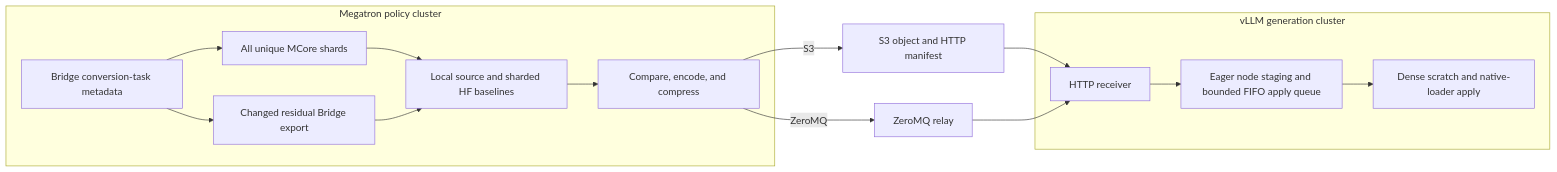
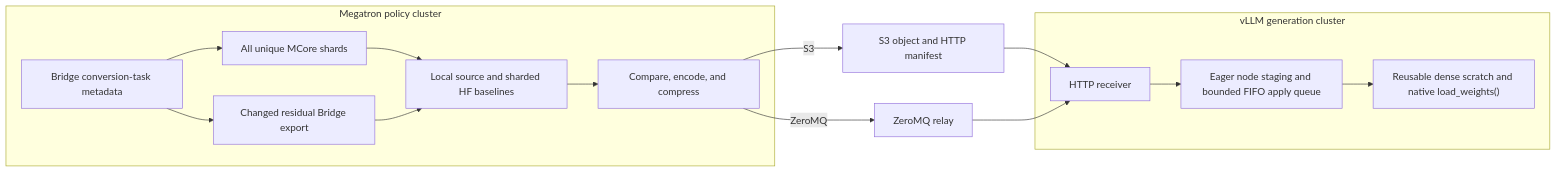
One commit to svcnemo-autobot/RL changed the diagram in docs/design-docs/sparse-delta-refit.md. Above: the diagram before and after it, drawn with Mermaid. The commit also changed other lines of this file and 17 other files, not shown here.

````diff
--- a/docs/design-docs/sparse-delta-refit.md
+++ b/docs/design-docs/sparse-delta-refit.md
@@ -33,28 +33,28 @@
 ```mermaid
 flowchart LR
   subgraph P["Megatron policy cluster"]
     T["Bridge conversion-task metadata"]
     L["All unique MCore shards"]
     B["Changed residual Bridge export"]
     C["Local source and sharded HF baselines"]
     E["Compare, encode, and compress"]
     T --> L
     T --> B
     L --> C
     B --> C
     C --> E
   end
 
   S["S3 object and HTTP manifest"]
   Z["ZeroMQ relay"]
 
   subgraph G["vLLM generation cluster"]
     H["HTTP receiver"]
     Q["Eager node staging and bounded FIFO apply queue"]
-    A["Dense scratch and native-loader apply"]
+    A["Reusable dense scratch and native load_weights()"]
     H --> Q --> A
   end
 
   E -->|S3| S --> H
   E -->|ZeroMQ| Z --> H
 ```
````
